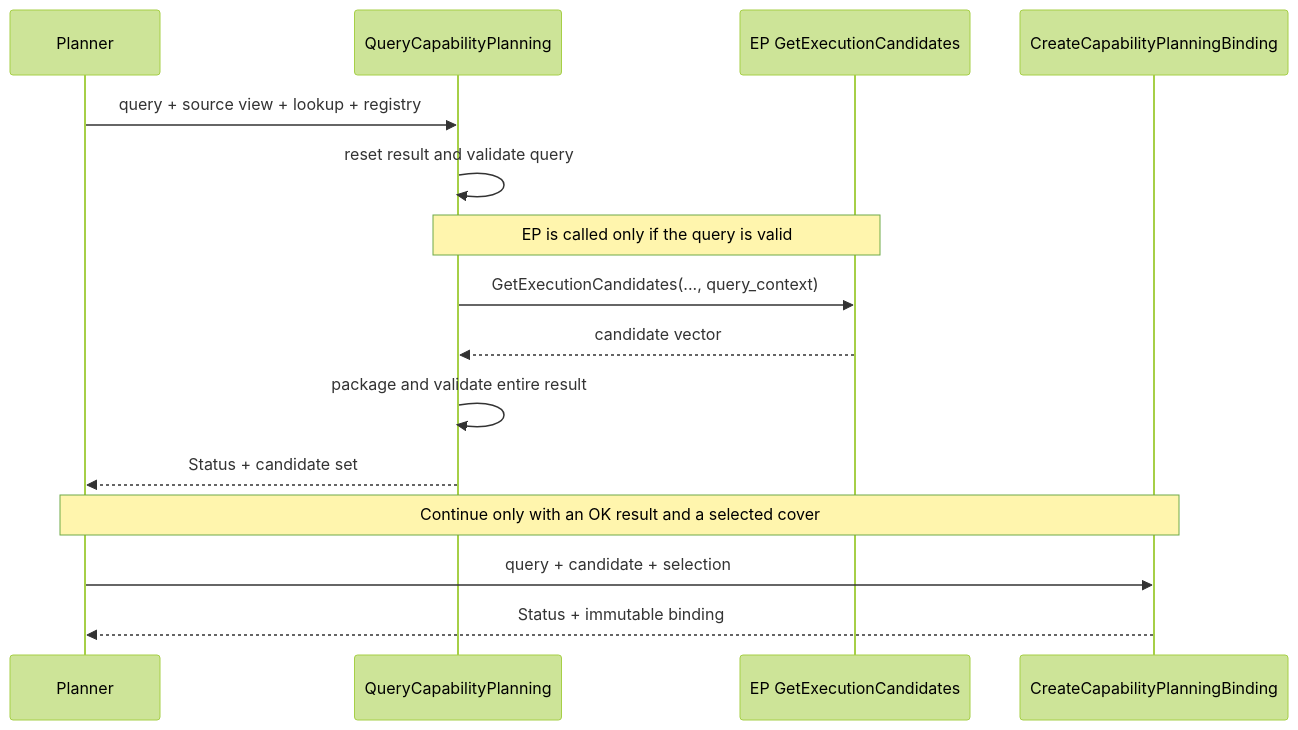
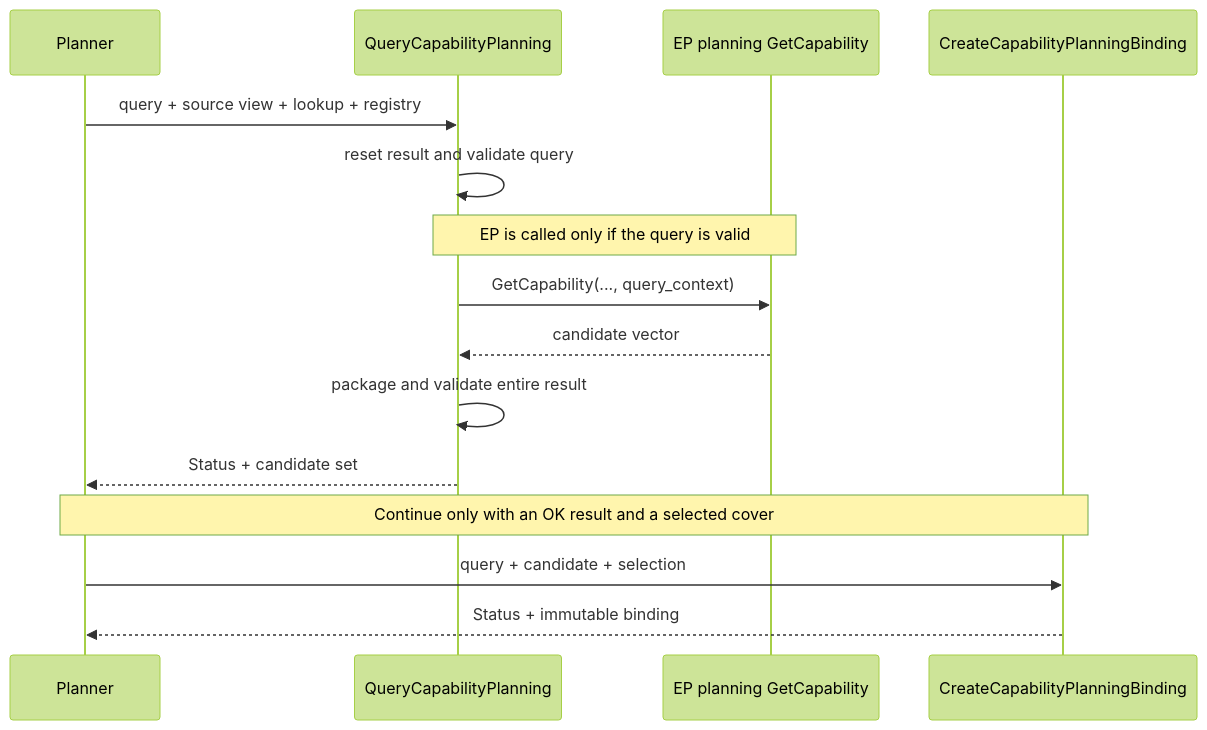
Before and after one commit to microsoft/onnxruntime: the second of 3 diagrams in docs/annotated_partitioning/capability_planning_interfaces.md, drawn with Mermaid (forest theme). The commit also changed other lines of this file and 1 other file, not shown here.

First line of the commit message:
Use GetCapability overload for capability planning

````diff
--- a/docs/annotated_partitioning/capability_planning_interfaces.md
+++ b/docs/annotated_partitioning/capability_planning_interfaces.md
@@ -193,18 +199,18 @@
 ```mermaid
 sequenceDiagram
   participant P as Planner
   participant D as QueryCapabilityPlanning
-  participant E as EP GetExecutionCandidates
+  participant E as EP planning GetCapability
   participant B as CreateCapabilityPlanningBinding
 
   P->>D: query + source view + lookup + registry
   D->>D: reset result and validate query
   Note over D,E: EP is called only if the query is valid
-  D->>E: GetExecutionCandidates(..., query_context)
+  D->>E: GetCapability(..., query_context)
   E-->>D: candidate vector
   D->>D: package and validate entire result
   D-->>P: Status + candidate set
   Note over P,B: Continue only with an OK result and a selected cover
   P->>B: query + candidate + selection
   B-->>P: Status + immutable binding
 ```
````
